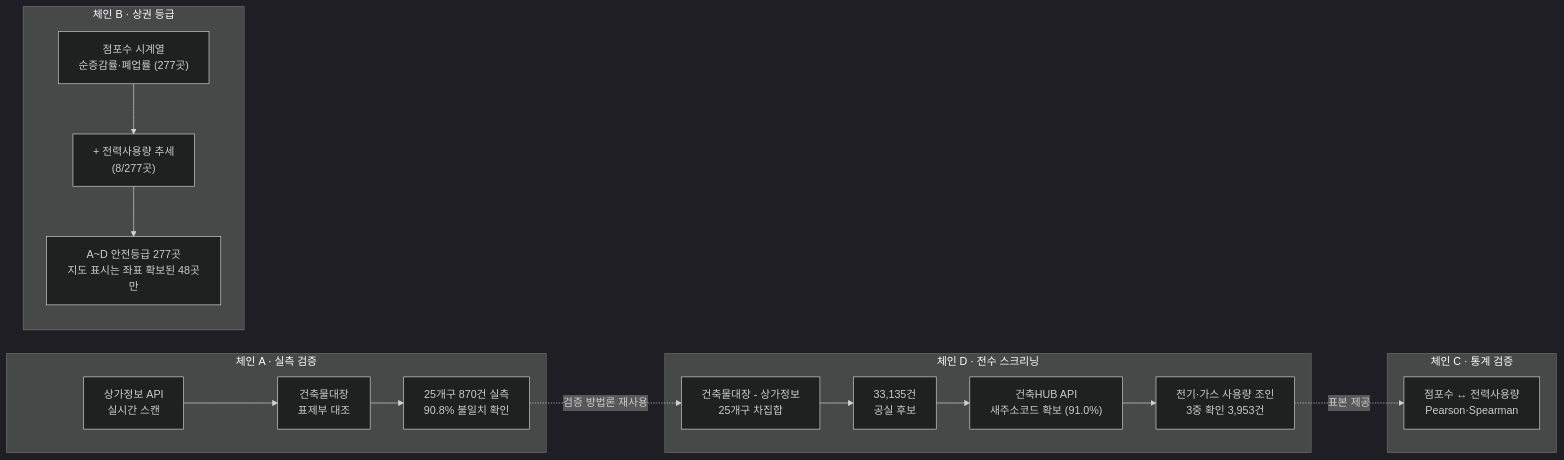
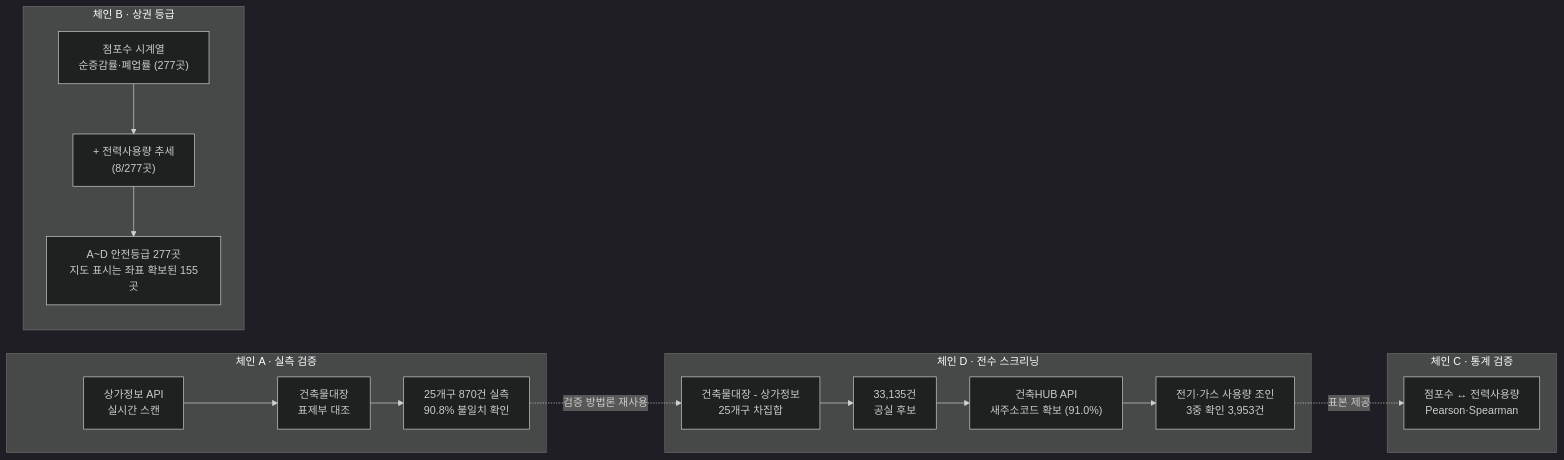
Before and after one commit to 0se0/vacancy-safety-diagnosis: the diagram in README.md, drawn with Mermaid (dark theme). The commit also changed other lines of this file and 4 other files, not shown here.

````diff
--- a/README.md
+++ b/README.md
@@ -60,21 +60,21 @@
 ```mermaid
 flowchart LR
     subgraph A["체인 A · 실측 검증"]
         A1[상가정보 API<br/>실시간 스캔] --> A2[건축물대장<br/>표제부 대조]
         A2 --> A3["25개구 870건 실측<br/>90.8% 불일치 확인"]
     end
     subgraph D["체인 D · 전수 스크리닝"]
         D1["건축물대장 - 상가정보<br/>25개구 차집합"] --> D2["33,135건<br/>공실 후보"]
         D2 --> D3["건축HUB API<br/>새주소코드 확보 (91.0%)"]
         D3 --> D4["전기·가스 사용량 조인<br/>3중 확인 3,953건"]
     end
     subgraph B["체인 B · 상권 등급"]
         B1["점포수 시계열<br/>순증감률·폐업률 (277곳)"] --> B2["+ 전력사용량 추세<br/>(8/277곳)"]
-        B2 --> B3["A~D 안전등급 277곳<br/>지도 표시는 좌표 확보된 48곳만"]
+        B2 --> B3["A~D 안전등급 277곳<br/>지도 표시는 좌표 확보된 155곳"]
     end
     subgraph C["체인 C · 통계 검증"]
         C1["점포수 ↔ 전력사용량<br/>Pearson·Spearman"]
     end
     A3 -.검증 방법론 재사용.-> D1
     D4 -.표본 제공.-> C1
 ```
````
